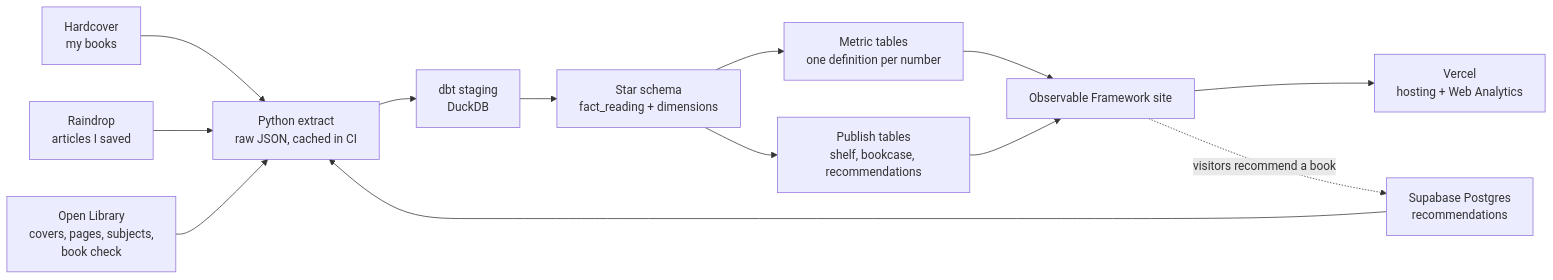
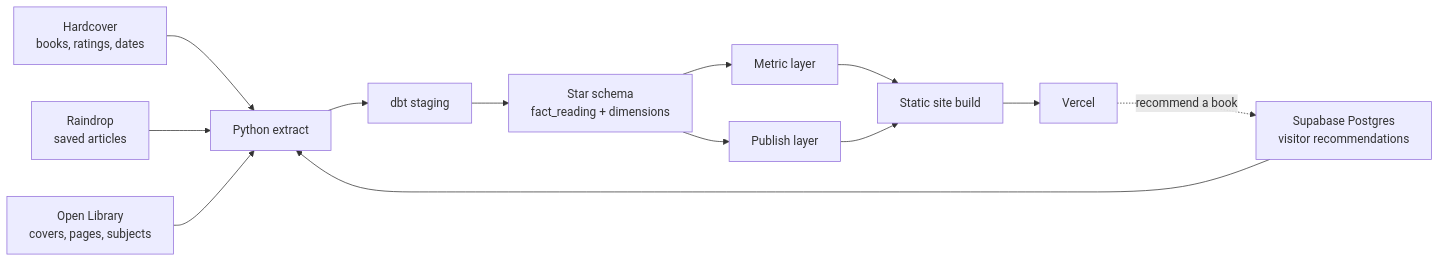
One commit to surbhi-bhor/reading-library changed the diagram in README.md. Above: the diagram before and after it, drawn with Mermaid. The commit also changed other lines of this file and 3 other files, not shown here.

````diff
--- a/README.md
+++ b/README.md
@@ -11,15 +17,15 @@
 ```mermaid
 flowchart LR
-  HC["Hardcover<br>my books"] --> EX["Python extract<br>raw JSON, cached in CI"]
-  RD["Raindrop<br>articles I saved"] --> EX
-  SB["Supabase Postgres<br>recommendations"] --> EX
-  OL["Open Library<br>covers, pages, subjects,<br>book check"] --> EX
-  EX --> STG["dbt staging<br>DuckDB"]
+  HC["Hardcover<br>books, ratings, dates"] --> EX["Python extract"]
+  RD["Raindrop<br>saved articles"] --> EX
+  SB["Supabase Postgres<br>visitor recommendations"] --> EX
+  OL["Open Library<br>covers, pages, subjects"] --> EX
+  EX --> STG["dbt staging"]
   STG --> MART["Star schema<br>fact_reading + dimensions"]
-  MART --> MET["Metric tables<br>one definition per number"]
-  MART --> PUB["Publish tables<br>shelf, bookcase, recommendations"]
-  MET --> SITE["Observable Framework site"]
+  MART --> MET["Metric layer"]
+  MART --> PUB["Publish layer"]
+  MET --> SITE["Static site build"]
   PUB --> SITE
-  SITE --> GP["Vercel<br>hosting + Web Analytics"]
-  SITE -. "visitors recommend a book" .-> SB
+  SITE --> V["Vercel"]
+  V -. "recommend a book" .-> SB
 ```
````
